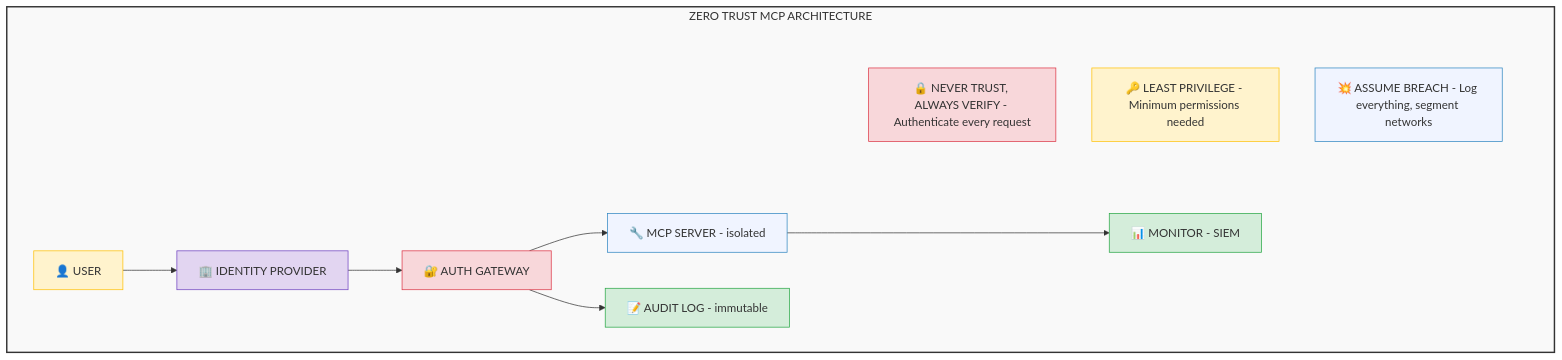
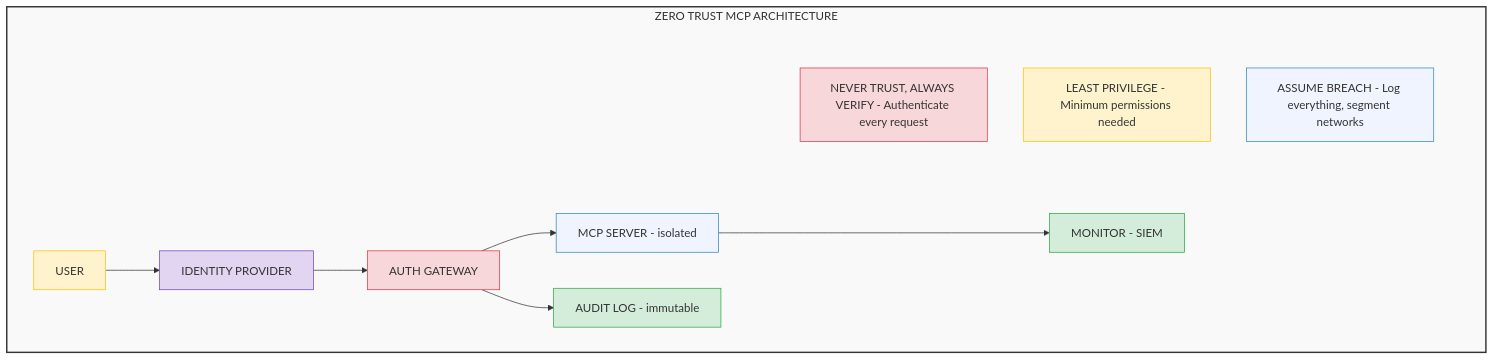
The fifth of 5 diagrams in docs/11-mcp-security.md (ithinktavo/GenAI-Engineering-Handbook), drawn with Mermaid before and after one commit. The commit also changed other lines of this file and 10 other files, not shown here.

Commit message:
Diagram updates

````diff
--- a/docs/11-mcp-security.md
+++ b/docs/11-mcp-security.md
@@ -247,29 +247,29 @@
 ```mermaid
 graph TD
     subgraph zt["ZERO TRUST MCP ARCHITECTURE"]
         subgraph principles[" "]
             direction TB
-            P1["🔒 NEVER TRUST, ALWAYS VERIFY - Authenticate every request"]
-            P2["🔑 LEAST PRIVILEGE - Minimum permissions needed"]
-            P3["💥 ASSUME BREACH - Log everything, segment networks"]
+            P1["NEVER TRUST, ALWAYS VERIFY - Authenticate every request"]
+            P2["LEAST PRIVILEGE - Minimum permissions needed"]
+            P3["ASSUME BREACH - Log everything, segment networks"]
         end
 
-        USER["👤 USER"] --> IDP["🏢 IDENTITY PROVIDER"]
-        IDP --> GW["🔐 AUTH GATEWAY"]
-        GW --> MCP["🔧 MCP SERVER - isolated"]
-        GW --> AUDIT["📝 AUDIT LOG - immutable"]
-        MCP --> MON["📊 MONITOR - SIEM"]
+        USER["USER"] --> IDP["IDENTITY PROVIDER"]
+        IDP --> GW["AUTH GATEWAY"]
+        GW --> MCP["MCP SERVER - isolated"]
+        GW --> AUDIT["AUDIT LOG - immutable"]
+        MCP --> MON["MONITOR - SIEM"]
     end
 
     style P1 fill:#f8d7da,stroke:#dc3545
     style P2 fill:#fff3cd,stroke:#ffc107
     style P3 fill:#f0f4ff,stroke:#2E86C1
     style USER fill:#fff3cd,stroke:#ffc107
     style IDP fill:#e2d5f1,stroke:#6f42c1
     style GW fill:#f8d7da,stroke:#dc3545
     style MCP fill:#f0f4ff,stroke:#2E86C1
     style AUDIT fill:#d4edda,stroke:#28a745
     style MON fill:#d4edda,stroke:#28a745
     style zt fill:#f9f9f9,stroke:#333,stroke-width:2px
     style principles fill:transparent,stroke:none
 ```
````
